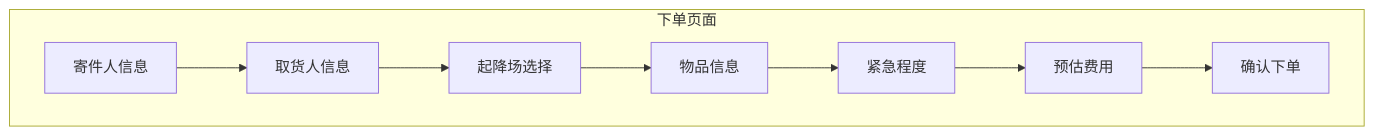
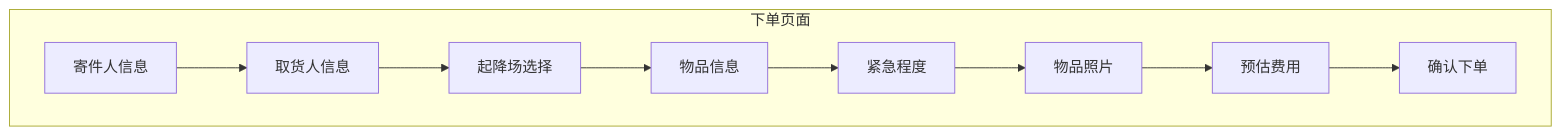
The ninth of 17 diagrams in .qoder/repowiki/zh/content/业务功能模块/医疗配送模块功能设计.md (Giraffe-Han/microAPP), drawn with Mermaid before and after one commit. The commit also changed other lines of this file and 14 other files, not shown here.

````diff
--- a/.qoder/repowiki/zh/content/业务功能模块/医疗配送模块功能设计.md
+++ b/.qoder/repowiki/zh/content/业务功能模块/医疗配送模块功能设计.md
@@ -415,18 +468,20 @@
 ```mermaid
 graph TB
 subgraph "下单页面"
 SenderInfo[寄件人信息]
 ReceiverInfo[取货人信息]
 PadSelect[起降场选择]
 ItemInfo[物品信息]
 Urgency[紧急程度]
+Photos[物品照片]
 Estimate[预估费用]
 Submit[确认下单]
 end
 SenderInfo --> ReceiverInfo
 ReceiverInfo --> PadSelect
 PadSelect --> ItemInfo
 ItemInfo --> Urgency
-Urgency --> Estimate
+Urgency --> Photos
+Photos --> Estimate
 Estimate --> Submit
 ```
````
